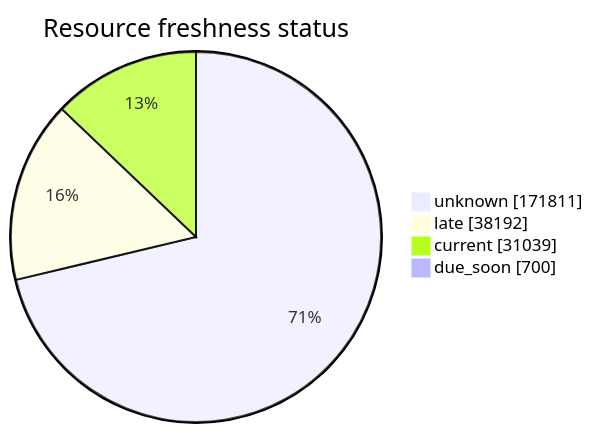
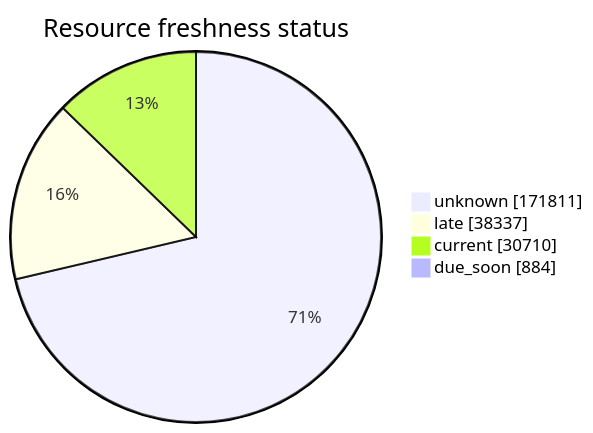
Before and after one commit to open-data/analytics-corporate-reporting: the third of 5 diagrams in FreshCheck/README.md, drawn with Mermaid. The commit also changed other lines of this file and 3 other files, not shown here.

````diff
--- a/FreshCheck/README.md
+++ b/FreshCheck/README.md
@@ -77,7 +77,7 @@
 ```mermaid
 pie showData title Resource freshness status
     "unknown": 171811
-    "late": 38192
-    "current": 31039
-    "due_soon": 700
+    "late": 38337
+    "current": 30710
+    "due_soon": 884
 ```
````
